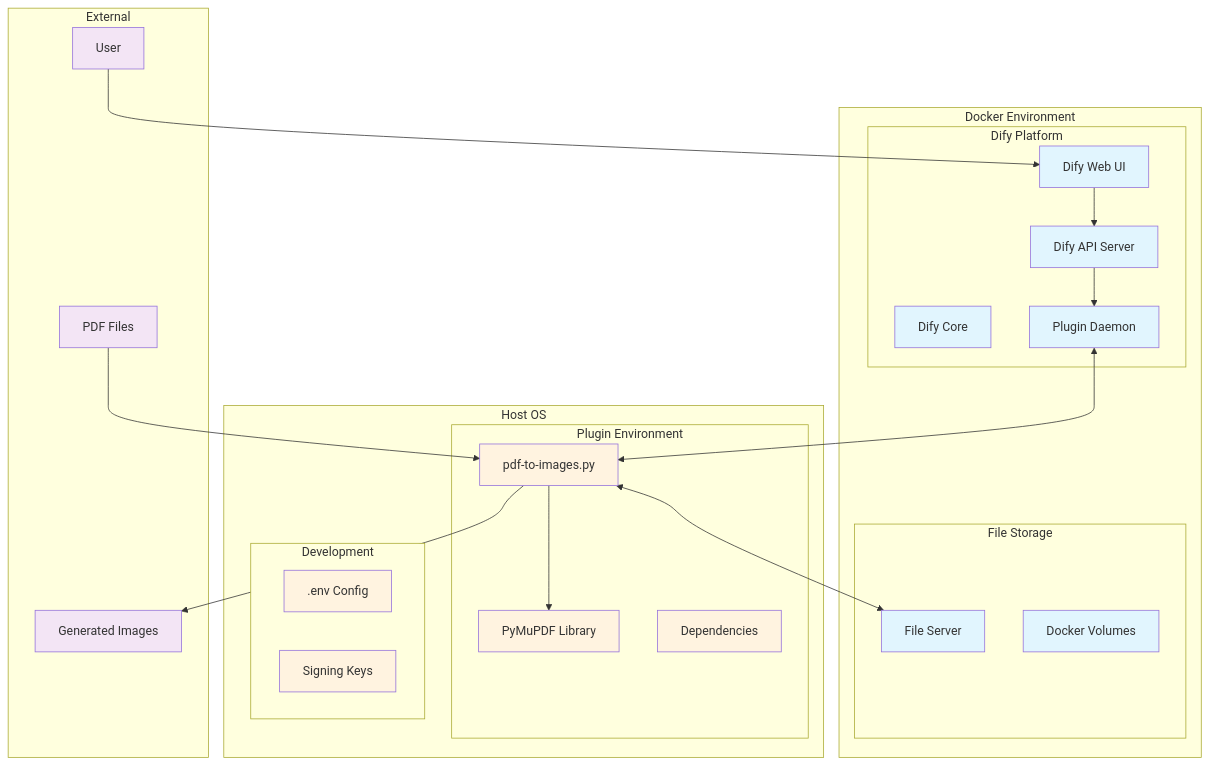
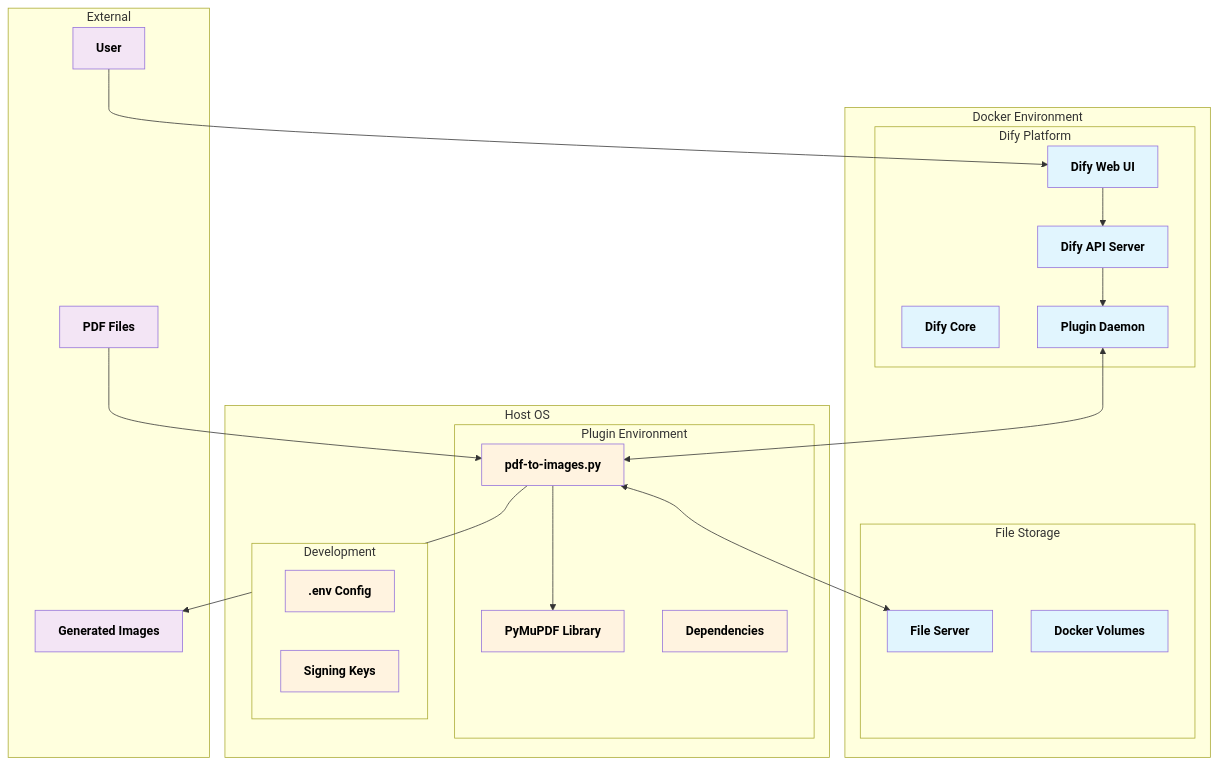
Before and after one commit to aToy0m0/dify-customplugin_pdf-to-images: the first of 2 diagrams in README.md, drawn with Mermaid. The commit also changed other lines of this file, not shown here.

````diff
--- a/README.md
+++ b/README.md
@@ -164,52 +122,53 @@
 ```mermaid
 graph TB
     subgraph "Docker Environment"
         subgraph "Dify Platform"
             DIFY[Dify Core]
             WEB[Dify Web UI]
             API[Dify API Server]
             DAEMON[Plugin Daemon]
         end
         
         subgraph "File Storage"
             FS[File Server]
             VOL[Docker Volumes]
         end
     end
     
     subgraph "Host OS"
         subgraph "Plugin Environment"
             PLUGIN[pdf-to-images.py]
             PYMUPDF[PyMuPDF Library]
             DEPS[Dependencies]
         end
         
         subgraph "Development"
             ENV[.env Config]
             KEYS[Signing Keys]
         end
     end
     
     subgraph "External"
         USER[User]
         FILES[PDF Files]
         IMAGES[Generated Images]
     end
     
     USER --> WEB
     WEB --> API
     API --> DAEMON
     DAEMON <--> PLUGIN
     PLUGIN --> PYMUPDF
     PLUGIN <--> FS
     FILES --> PLUGIN
     PLUGIN --> IMAGES
     
-    classDef docker fill:#e1f5fe
-    classDef plugin fill:#fff3e0  
-    classDef external fill:#f3e5f5
+    %% 背景色と文字色を両方指定
+    classDef docker fill:#e1f5fe,color:#000,font-weight:bold
+    classDef plugin fill:#fff3e0,color:#000,font-weight:bold  
+    classDef external fill:#f3e5f5,color:#000,font-weight:bold
     
     class DIFY,WEB,API,DAEMON,FS,VOL docker
     class PLUGIN,PYMUPDF,DEPS,ENV,KEYS plugin
     class USER,FILES,IMAGES external
 ```
````
